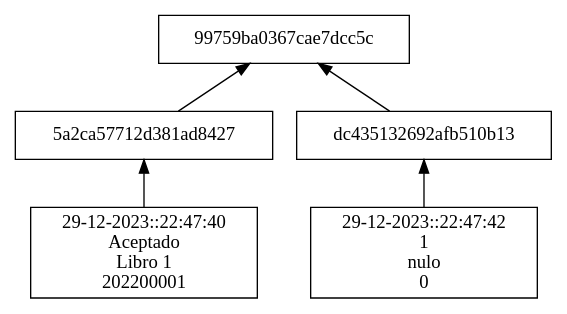
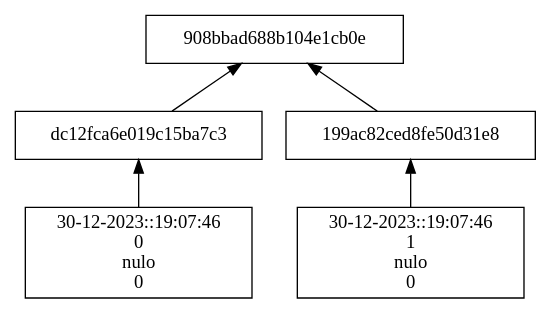
Before and after one commit to J-Ajsivinac/EDD_VD2S2023_PY: the diagram in SegundaF/backend/reportes/libros.dot, drawn with Graphviz. The commit also changed 14 other files, not shown here.

```diff
--- a/SegundaF/backend/reportes/libros.dot
+++ b/SegundaF/backend/reportes/libros.dot
@@ -1,13 +1,13 @@
-digraph arbol { node [shape=box];"99759ba0367cae7dcc5c" [dir=back];
-"99759ba0367cae7dcc5c" -> "5a2ca57712d381ad8427" [dir=back];
-"5a2ca57712d381ad8427" -> "29-12-2023::22:47:40
-Aceptado
-Libro 1
-202200001" [dir=back];
- "99759ba0367cae7dcc5c" -> "dc435132692afb510b13" [dir=back];
-"dc435132692afb510b13" -> "29-12-2023::22:47:42
+digraph arbol { node [shape=box];"908bbad688b104e1cb0e" [dir=back];
+"908bbad688b104e1cb0e" -> "dc12fca6e019c15ba7c3" [dir=back];
+"dc12fca6e019c15ba7c3" -> "30-12-2023::19:07:46
+0
+nulo
+0" [dir=back];
+ "908bbad688b104e1cb0e" -> "199ac82ced8fe50d31e8" [dir=back];
+"199ac82ced8fe50d31e8" -> "30-12-2023::19:07:46
 1
 nulo
 0" [dir=back];
- {rank=same"5a2ca57712d381ad8427" -> "dc435132692afb510b13" [style=invis]}; 
+ {rank=same"dc12fca6e019c15ba7c3" -> "199ac82ced8fe50d31e8" [style=invis]}; 
 }
```
